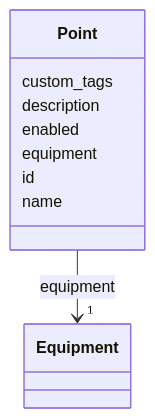
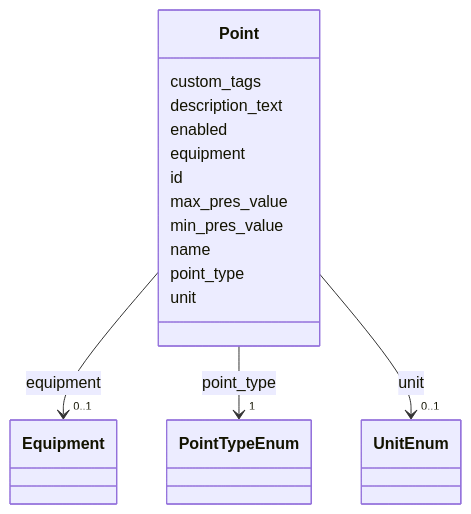
One commit to takashikasuya/smartbuiding_ontology changed the diagram in docs/Point.md. Above: the diagram before and after it, drawn with Mermaid. The commit also changed other lines of this file and 46 other files, not shown here.

First line of the commit message:
Update Smart Building Model schema and documentation

````diff
--- a/docs/Point.md
+++ b/docs/Point.md
@@ -18,27 +18,53 @@
 ```mermaid
  classDiagram
     class Point
     click Point href "../Point/"
       Point : custom_tags
         
-      Point : description
+      Point : description_text
         
       Point : enabled
         
       Point : equipment
         
           
     
         
         
-        Point --> "1" Equipment : equipment
+        Point --> "0..1" Equipment : equipment
         click Equipment href "../Equipment/"
     
 
         
       Point : id
         
+      Point : max_pres_value
+        
+      Point : min_pres_value
+        
       Point : name
+        
+      Point : point_type
+        
+          
+    
+        
+        
+        Point --> "1" PointTypeEnum : point_type
+        click PointTypeEnum href "../PointTypeEnum/"
+    
+
+        
+      Point : unit
+        
+          
+    
+        
+        
+        Point --> "0..1" UnitEnum : unit
+        click UnitEnum href "../UnitEnum/"
+    
+
         
       
 ```
````
